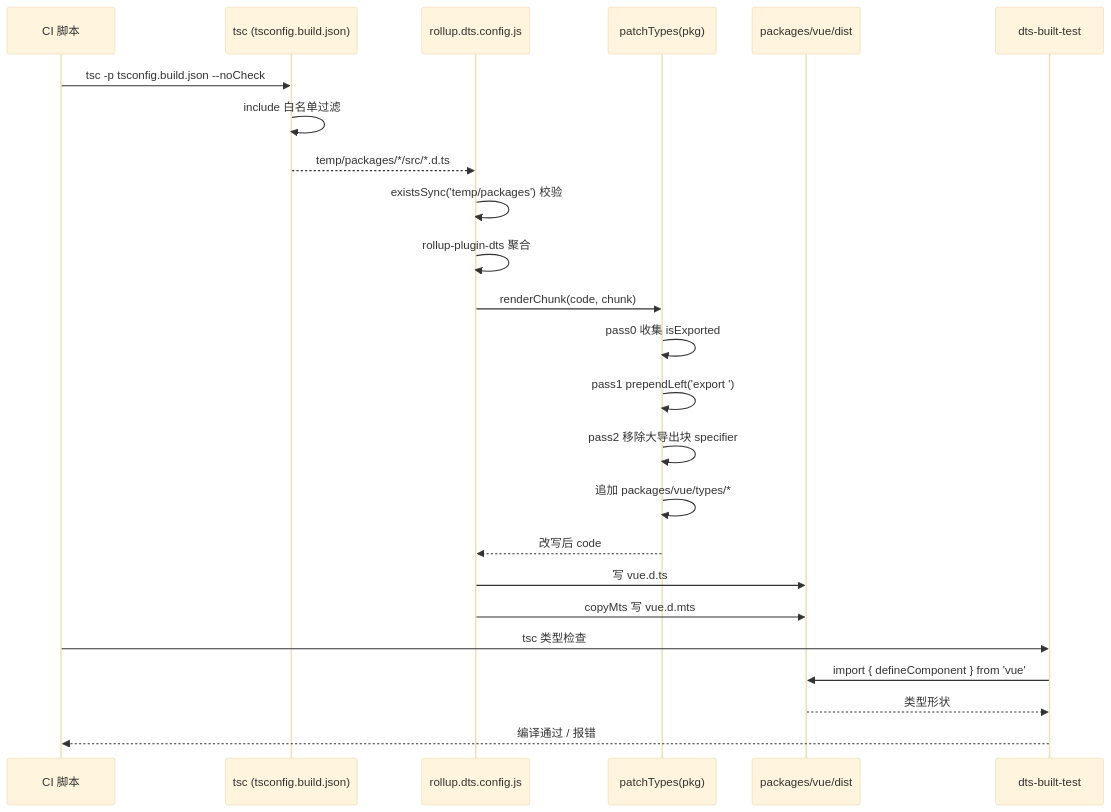
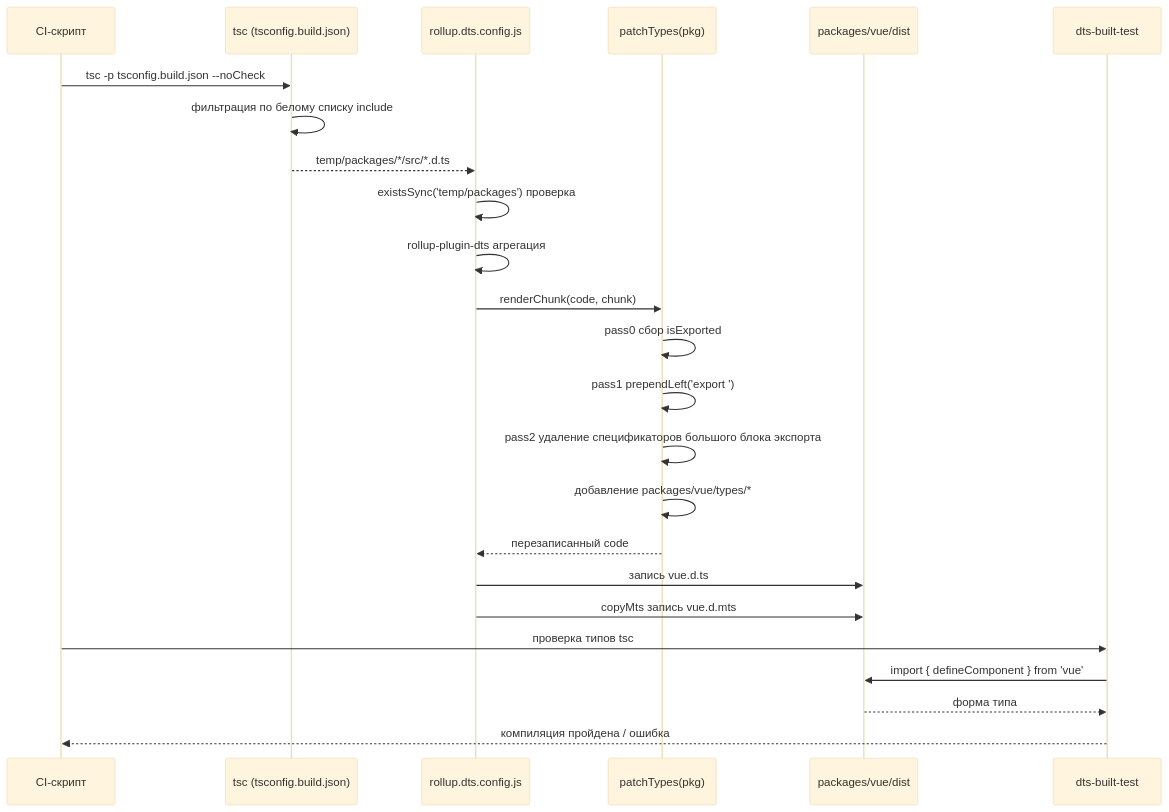
Before and after one commit to maleRjc/AiReadCodeBooks: the second of 2 diagrams in books/vue3/ru/05-type-testing-pipeline.md, drawn with Mermaid (base theme). The commit also changed other lines of this file and 74 other files, not shown here.

````diff
--- a/books/vue3/ru/05-type-testing-pipeline.md
+++ b/books/vue3/ru/05-type-testing-pipeline.md
@@ -246,27 +246,27 @@
 ```mermaid
 sequenceDiagram
-    participant CI as CI 脚本
+    participant CI as CI-скрипт
     participant TSC as tsc (tsconfig.build.json)
     participant Rollup as rollup.dts.config.js
     participant Patch as patchTypes(pkg)
     participant Dist as packages/vue/dist
     participant BuiltTest as dts-built-test
 
     CI->>TSC: tsc -p tsconfig.build.json --noCheck
-    TSC->>TSC: include 白名单过滤
+    TSC->>TSC: фильтрация по белому списку include
     TSC-->>Rollup: temp/packages/*/src/*.d.ts
-    Rollup->>Rollup: existsSync('temp/packages') 校验
-    Rollup->>Rollup: rollup-plugin-dts 聚合
+    Rollup->>Rollup: existsSync('temp/packages') проверка
+    Rollup->>Rollup: rollup-plugin-dts агрегация
     Rollup->>Patch: renderChunk(code, chunk)
-    Patch->>Patch: pass0 收集 isExported
+    Patch->>Patch: pass0 сбор isExported
     Patch->>Patch: pass1 prependLeft('export ')
-    Patch->>Patch: pass2 移除大导出块 specifier
-    Patch->>Patch: 追加 packages/vue/types/*
-    Patch-->>Rollup: 改写后 code
-    Rollup->>Dist: 写 vue.d.ts
-    Rollup->>Dist: copyMts 写 vue.d.mts
-    CI->>BuiltTest: tsc 类型检查
+    Patch->>Patch: pass2 удаление спецификаторов большого блока экспорта
+    Patch->>Patch: добавление packages/vue/types/*
+    Patch-->>Rollup: перезаписанный code
+    Rollup->>Dist: запись vue.d.ts
+    Rollup->>Dist: copyMts запись vue.d.mts
+    CI->>BuiltTest: проверка типов tsc
     BuiltTest->>Dist: import { defineComponent } from 'vue'
-    Dist-->>BuiltTest: 类型形状
-    BuiltTest-->>CI: 编译通过 / 报错
+    Dist-->>BuiltTest: форма типа
+    BuiltTest-->>CI: компиляция пройдена / ошибка
 ```
````
